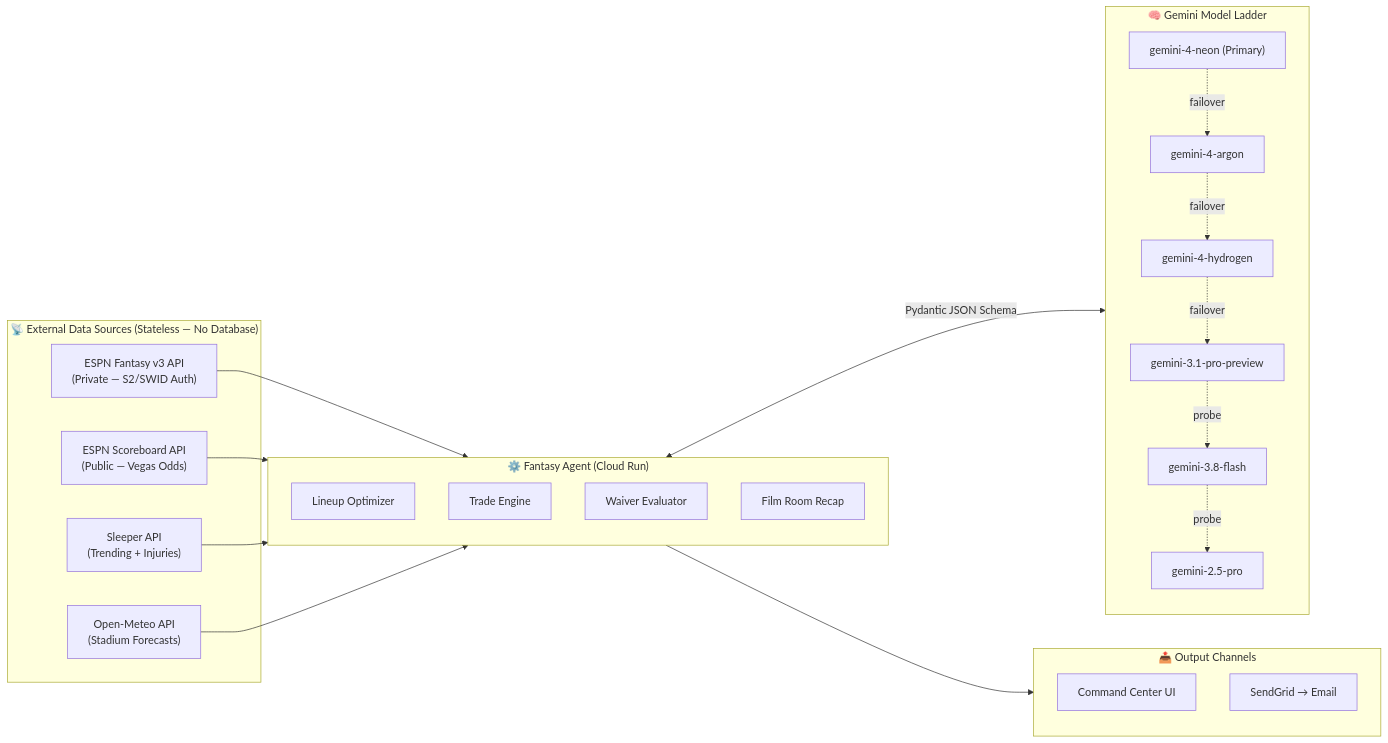
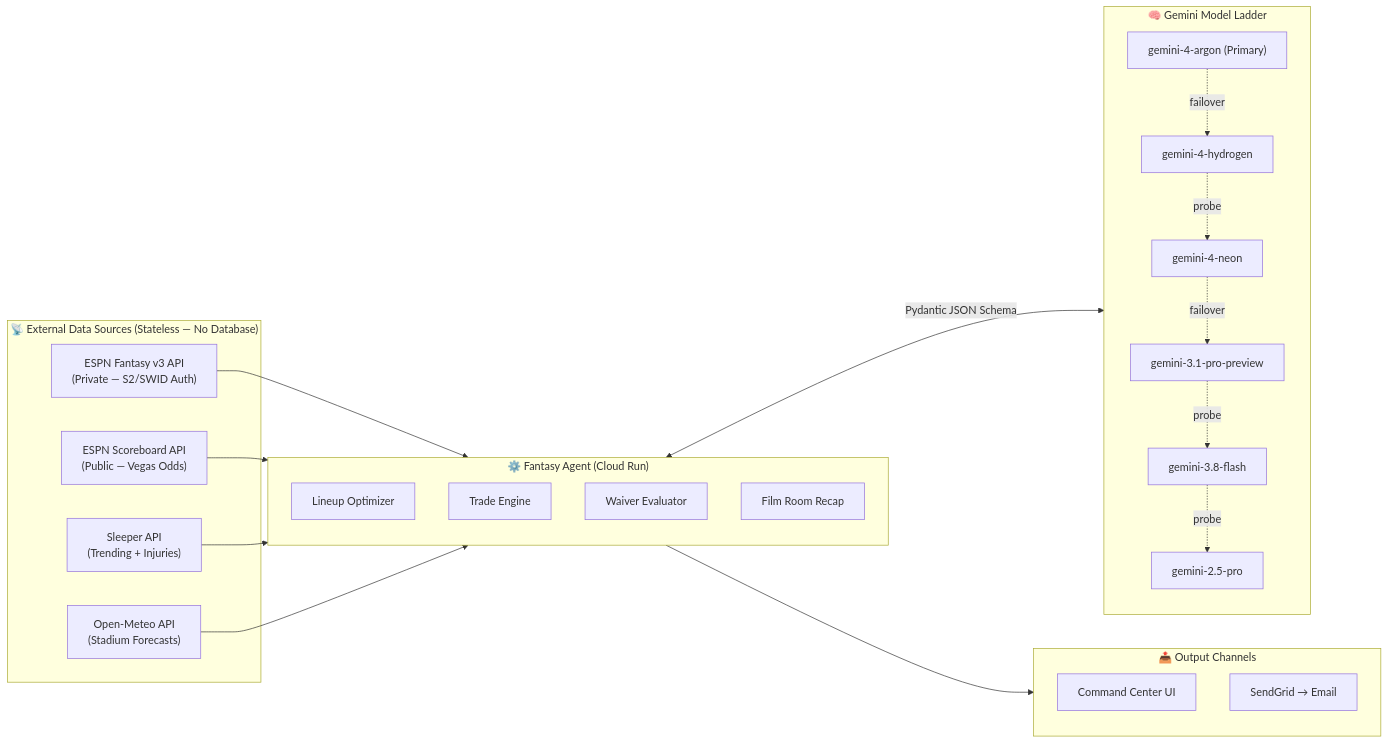
The second of 5 diagrams in ARCHITECTURE.md (damiththa/nfl-fantasy-football-agent), drawn with Mermaid before and after one commit. The commit also changed other lines of this file and 5 other files, not shown here.

Commit message:
feat: keep gemini-4-argon as primary after head-to-head benchmark vs neon

````diff
--- a/ARCHITECTURE.md
+++ b/ARCHITECTURE.md
@@ -178,44 +178,44 @@
 ```mermaid
 flowchart LR
     subgraph DataSources ["📡 External Data Sources (Stateless — No Database)"]
         ESPN["ESPN Fantasy v3 API<br/>(Private — S2/SWID Auth)"]
         ESPN_SB["ESPN Scoreboard API<br/>(Public — Vegas Odds)"]
         Sleeper["Sleeper API<br/>(Trending + Injuries)"]
         Weather["Open-Meteo API<br/>(Stadium Forecasts)"]
     end
 
     subgraph AILayer ["🧠 Gemini Model Ladder"]
-        G4N["gemini-4-neon (Primary)"]
-        G4A["gemini-4-argon"]
+        G4A["gemini-4-argon (Primary)"]
         G4H["gemini-4-hydrogen"]
+        G4N["gemini-4-neon"]
         G31P["gemini-3.1-pro-preview"]
         G38F["gemini-3.8-flash"]
         G25["gemini-2.5-pro"]
     end
 
     subgraph Outputs ["📤 Output Channels"]
         UI["Command Center UI"]
         Email["SendGrid → Email"]
     end
 
     subgraph Agent ["⚙️ Fantasy Agent (Cloud Run)"]
         Lineup["Lineup Optimizer"]
         Trades["Trade Engine"]
         Waivers["Waiver Evaluator"]
         Recap["Film Room Recap"]
     end
 
     ESPN --> Agent
     ESPN_SB --> Agent
     Sleeper --> Agent
     Weather --> Agent
 
     Agent <-->|"Pydantic JSON Schema"| AILayer
-    G4N -.->|"failover"| G4A
     G4A -.->|"failover"| G4H
-    G4H -.->|"failover"| G31P
+    G4H -.->|"probe"| G4N
+    G4N -.->|"failover"| G31P
     G31P -.->|"probe"| G38F
     G38F -.->|"probe"| G25
 
     Agent --> Outputs
 ```
````
